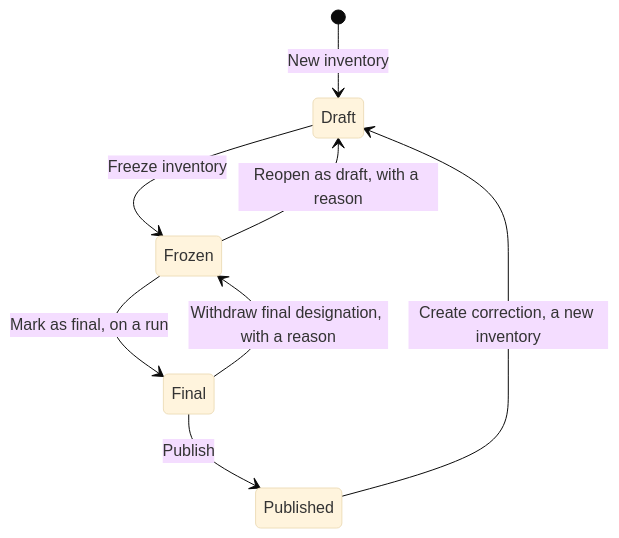
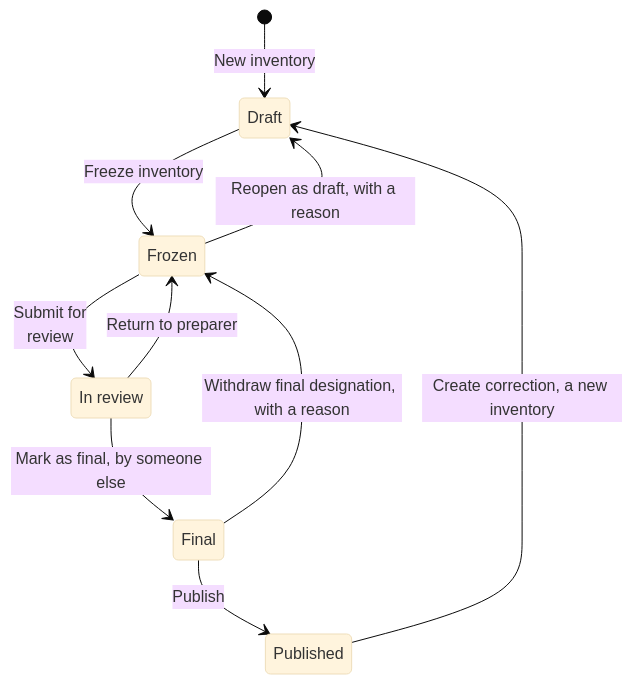
Before and after one commit to miketak/carbonos: the diagram in help/docs/inventories/what-is-the-inventory-lifecycle.md, drawn with Mermaid (base theme). The commit also changed other lines of this file and 30 other files, not shown here.

First line of the commit message:
docs(help): submit for review, return to the preparer, and a sign-off by someone else (ECO-13, help) (#186)

````diff
--- a/help/docs/inventories/what-is-the-inventory-lifecycle.md
+++ b/help/docs/inventories/what-is-the-inventory-lifecycle.md
@@ -17,12 +17,15 @@
 ```mermaid
 stateDiagram-v2
-    accTitle: The four inventory states and the acts between them
-    accDescr: A new inventory is a draft. Freeze inventory makes it frozen and cuts a boundary version. Reopen as draft, with a reason, returns it to draft. Mark as final on a run makes it final. Withdraw final designation, with a reason, returns it to frozen. Publish makes it published, and nothing on it changes again. Create correction starts a new draft inventory that supersedes the published one.
+    accTitle: The five inventory states and the acts between them
+    accDescr: A new inventory is a draft. Freeze inventory makes it frozen and cuts a boundary version. Reopen as draft, with a reason, returns it to draft. Submit for review on a run puts it in review; Return to preparer, with a reason, makes it frozen again. Mark as final, by someone other than the submitter, makes it final. Withdraw final designation, with a reason, returns it to frozen. Publish makes it published, and nothing on it changes again. Create correction starts a new draft inventory that supersedes the published one.
     [*] --> Draft: New inventory
     Draft --> Frozen: Freeze inventory
     Frozen --> Draft: Reopen as draft, with a reason
-    Frozen --> Final: Mark as final, on a run
+    state "In review" as InReview
+    Frozen --> InReview: Submit for<br/>review
+    InReview --> Frozen: Return to preparer
+    InReview --> Final: Mark as final, by someone else
     Final --> Frozen: Withdraw final designation, with a reason
     Final --> Published: Publish
     Published --> Draft: Create correction, a new inventory
 ```
````
